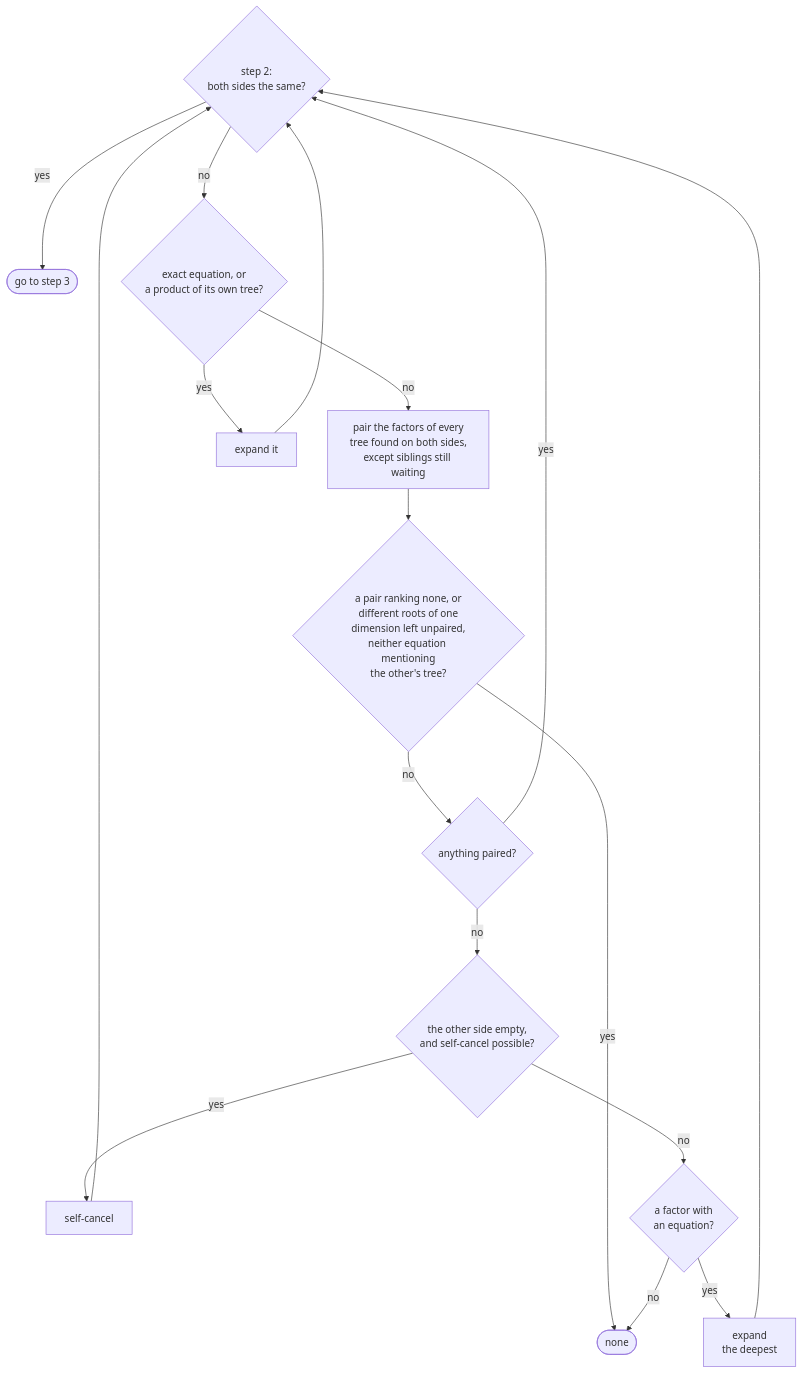
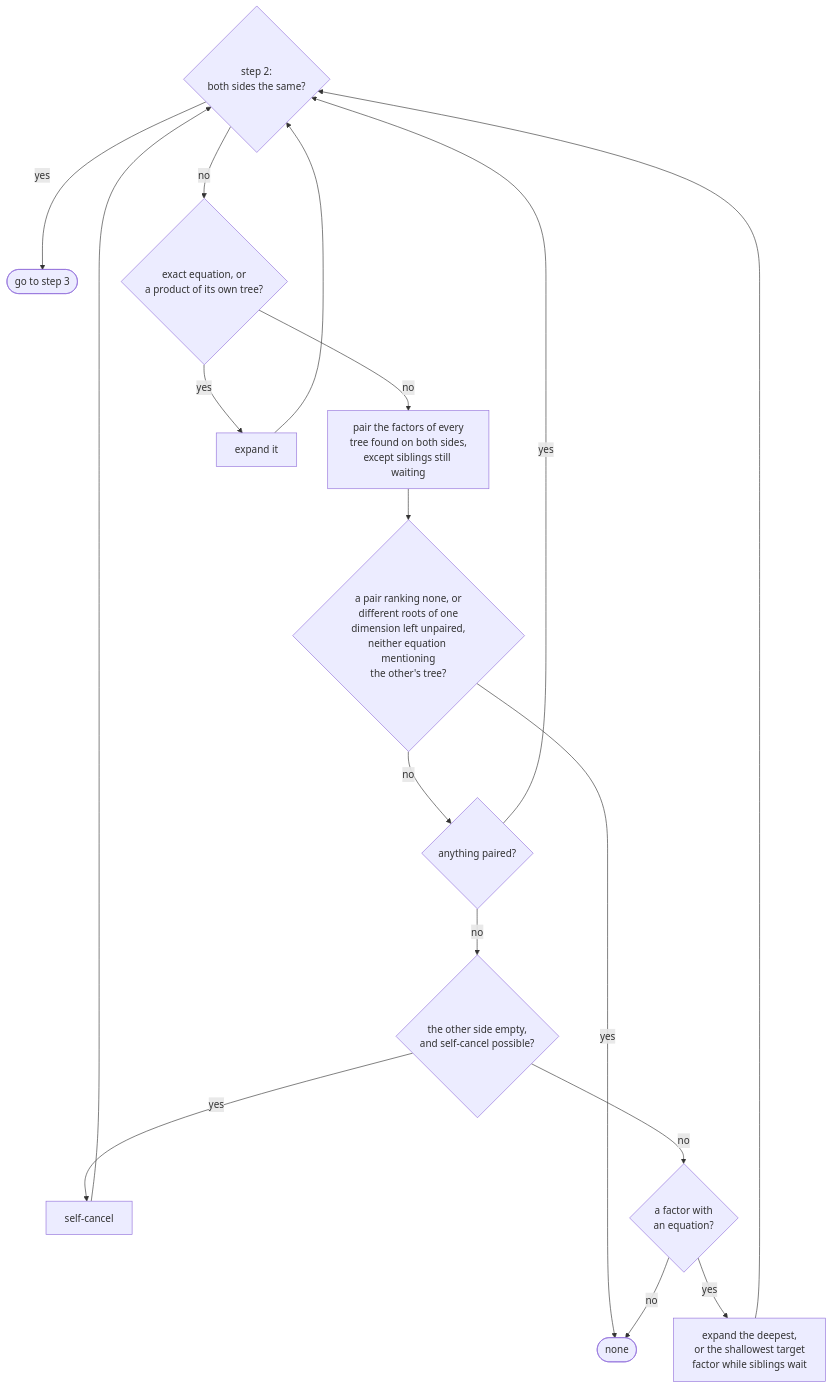
The second of 11 diagrams in docs/users_guide/advanced_topics/quantity_spec_conversions.md (mpusz/mp-units), drawn with Mermaid before and after one commit. The commit also changed other lines of this file and 4 other files, not shown here.

````diff
--- a/docs/users_guide/advanced_topics/quantity_spec_conversions.md
+++ b/docs/users_guide/advanced_topics/quantity_spec_conversions.md
@@ -176,19 +176,19 @@
 ```mermaid
 flowchart TD
     left{step 2:<br>both sides the same?} -- yes --> done([go to step 3])
     left -- no --> single{exact equation, or<br>a product of its own tree?}
     single -- no --> pair[pair the factors of every<br>tree found on both sides,<br>except siblings still waiting]
     single -- yes --> sub[expand it]
     pair --> apart{a pair ranking none, or<br>different roots of one<br>dimension left unpaired,<br>neither equation mentioning<br>the other's tree?}
     apart -- yes --> r_no([none])
     apart -- no --> paired{anything paired?}
     paired -- no --> cancel{the other side empty,<br>and self-cancel possible?}
     cancel -- yes --> cancelled[self-cancel]
     cancel -- no --> deep{a factor with<br>an equation?}
     deep -- no --> r_no
-    deep -- yes --> reduce[expand<br>the deepest]
+    deep -- yes --> reduce[expand the deepest,<br>or the shallowest target<br>factor while siblings wait]
     sub --> left
     paired -- yes --> left
     cancelled --> left
     reduce --> left
 ```
````
